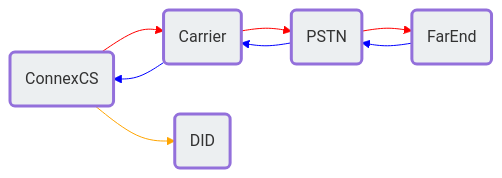
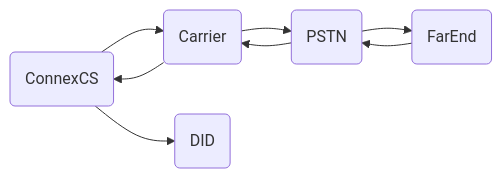
Before and after one commit to connexcs/docs: the diagram in docs/circuit-test.md, drawn with Mermaid.

Commit message:
Update circuit-test.md
removed formatting to test basic flow

````diff
--- a/docs/circuit-test.md
+++ b/docs/circuit-test.md
@@ -7,16 +7,5 @@
 ```mermaid
 graph LR
 A[ConnexCS] --> B(Carrier) --> C(PSTN) --> D(FarEnd) --> C(PSTN) --> B(Carrier) --> A(ConnexCS) -->E(DID)
-style A fill:#ECEFF1,stroke:#red,stroke-width:3px
-style B fill:#ECEFF1,stroke:#red,stroke-width:3px
-style C fill:#ECEFF1,stroke:#red,stroke-width:3px
-style D fill:#ECEFF1,stroke:#red,stroke-width:3px
-style E fill:#ECEFF1,stroke:#red,stroke-width:3px
-linkStyle 0 stroke:red
-linkStyle 1 stroke:red
-linkStyle 2 stroke:red
-linkStyle 3 stroke:blue
-linkStyle 4 stroke:blue
-linkStyle 5 stroke:blue
-linkStyle 6 stroke:orange
+
 ```
````
